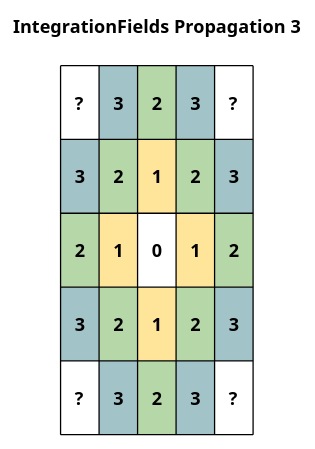
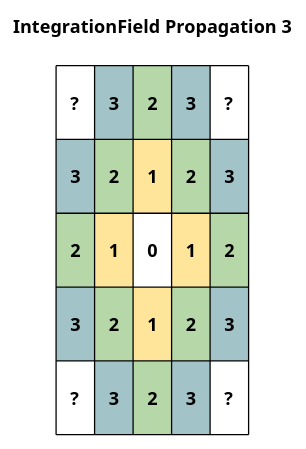
Before and after one commit to BlondeBurrito/bevy_flowfield_tiles_plugin: the diagram in docs/int_field_prop3.puml, drawn with PlantUML. The commit also changed 35 other files, not shown here.

```diff
--- a/docs/int_field_prop3.puml
+++ b/docs/int_field_prop3.puml
@@ -1,12 +1,12 @@
 @startuml int_field_prop3
 
 title
-IntegrationFields Propagation 3
+IntegrationField Propagation 3
 
 |\n   ?   \n|<#a2c4c9>\n   3   \n|<#b6d7a8>\n   2   \n|<#a2c4c9>\n   3   \n|\n   ?   \n|
 |<#a2c4c9>\n   3   \n|<#b6d7a8>\n   2   \n|<#ffe599>\n   1   \n|<#b6d7a8>\n   2   \n|<#a2c4c9>\n   3   \n|
 |<#b6d7a8>\n   2   \n|<#ffe599>\n   1   \n|\n   0   \n|<#ffe599>\n   1   \n|<#b6d7a8>\n   2   \n|
 |<#a2c4c9>\n   3   \n|<#b6d7a8>\n   2   \n|<#ffe599>\n   1   \n|<#b6d7a8>\n   2   \n|<#a2c4c9>\n   3   \n|
 |\n   ?   \n|<#a2c4c9>\n   3   \n|<#b6d7a8>\n   2   \n|<#a2c4c9>\n   3   \n|\n   ?   \n|
 end title
 @enduml
```
